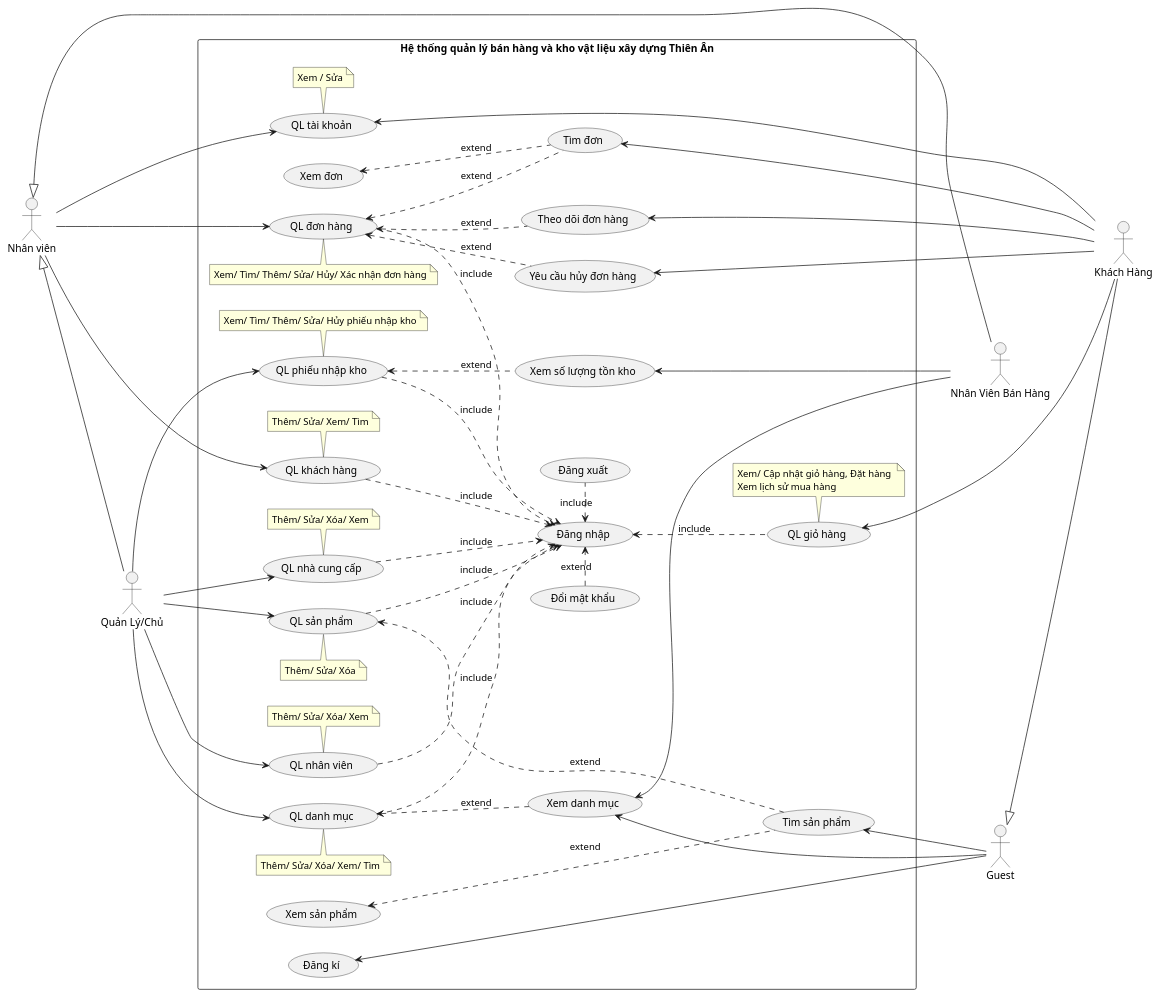
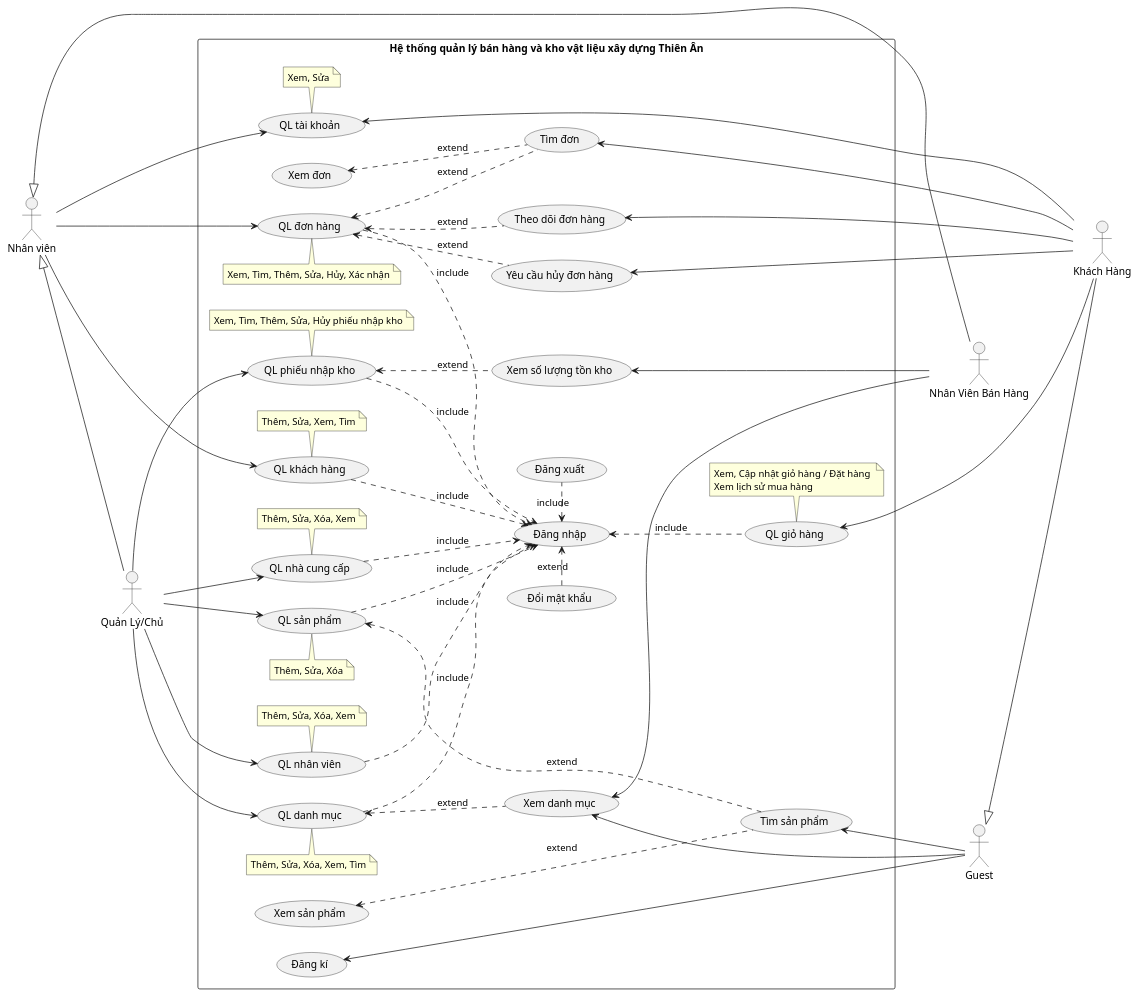
The diagram in assets/plantuml/Oris/Oris-NewUC.puml (ThanhdatOris/LAB2211), drawn with PlantUML before and after one commit.

```diff
--- a/assets/plantuml/Oris/Oris-NewUC.puml
+++ b/assets/plantuml/Oris/Oris-NewUC.puml
@@ -1,144 +1,144 @@
 @startuml SinooUC
 
 skinparam shadowing false
 left to right direction
 
 '------------- Actor -------------
 
 actor "Nhân viên" as NV
 actor "Quản Lý/Chủ" as NVQL
 actor "Nhân Viên Bán Hàng" as NVBH
 actor "Guest" as GUEST
 actor "Khách Hàng" as KH
 
     '----------- Kế thừa -----------
 
     ' NVQL --|> NV
     NV <|-- NVQL
     ' NVBH --|> NV
     NV <|-- NVBH
     ' KH --|> GUEST
     GUEST <|-- KH
 
 '------------- Boundary -------------
 
 rectangle "Hệ thống quản lý bán hàng và kho vật liệu xây dựng Thiên Ân" {
 
     '>>>>>>>>>>>>>>> Khai báo >>>>>>>>>>>>>>>
 
     '------------- UceeCase Tổng quát -------------
 
     'Quản lý Tài khoản
     (QL tài khoản) as QLTK
     'Quản lý Danh mục
-    (QL danh mục) as QLDMSP
+    (QL danh mục) as QLDM
     'Quản lý Kho hàng
     (QL phiếu nhập kho) as QLKHO
     'Quản lý Nhân viên
     (QL nhân viên) as QLNV
     'Quản lý Nhà cung cấp
     (QL nhà cung cấp) as QLNCC
     'Quản lý Đơn hàng
     (QL đơn hàng) as QLDH
     'Quản lý Sản phẩm
     (QL sản phẩm) as QLSP
     'Quản lý Giỏ hàng
     (QL giỏ hàng) as QLGH
     'Quản lý Khách hàng
     (QL khách hàng) as QLKH
 
-    note bottom of QLTK: Xem / Sửa
-    note top of QLDMSP: Thêm/ Sửa/ Xóa/ Xem/ Tìm
-    note bottom of QLKHO: Xem/ Tìm/ Thêm/ Sửa/ Hủy phiếu nhập kho
-    note bottom of QLNV: Thêm/ Sửa/ Xóa/ Xem
-    note bottom of QLNCC: Thêm/ Sửa/ Xóa/ Xem
-    note top of QLDH: Xem/ Tìm/ Thêm/ Sửa/ Hủy/ Xác nhận đơn hàng
-    note top of QLSP: Thêm/ Sửa/ Xóa
-    note bottom of QLGH: Xem/ Cập nhật giỏ hàng, Đặt hàng \nXem lịch sử mua hàng
-    note bottom of QLKH: Thêm/ Sửa/ Xem/ Tìm
+    note bottom of QLTK: Xem, Sửa
+    note top of QLDM: Thêm, Sửa, Xóa, Xem, Tìm
+    note bottom of QLKHO: Xem, Tìm, Thêm, Sửa, Hủy phiếu nhập kho
+    note bottom of QLNV: Thêm, Sửa, Xóa, Xem
+    note bottom of QLNCC: Thêm, Sửa, Xóa, Xem
+    note top of QLDH: Xem, Tìm, Thêm, Sửa, Hủy, Xác nhận
+    note top of QLSP: Thêm, Sửa, Xóa
+    note bottom of QLGH: Xem, Cập nhật giỏ hàng / Đặt hàng \nXem lịch sử mua hàng
+    note bottom of QLKH: Thêm, Sửa, Xem, Tìm
 
     '------------- UceeCase Chi tiết -------------
 
     (Xem danh mục) as XEM_DMSP
     (Xem số lượng tồn kho) as XEM_HANG
     (Tìm đơn) as TIM_DH
     (Xem đơn) as XEM_DH
     (Theo dõi đơn hàng) as THEO_DOI_DH
     (Yêu cầu hủy đơn hàng) as YCHUY_DH
     (Xem sản phẩm) as XEM_SP
     (Tìm sản phẩm) as TIM_SP
     
     (Đăng xuất) as Logout
     (Đăng nhập) as Login
     (Đăng kí) as SignUp
     (Đổi mật khẩu) as ChangePass
 
     '>>>>>>>>>>>>>>> Hướng >>>>>>>>>>>>>>
 
     Login <. Logout: include
     ChangePass .> Login : extend
     
     'Tất cả các usecase đều include Login
-    QLDMSP ..> Login : include
+    QLDM ..> Login : include
     QLDH ..> Login : include
     QLSP ..> Login : include
     QLNCC ..> Login : include
     QLKH ..> Login : include
     QLNV ..> Login : include
     QLKHO ..> Login : include
     Login <.. QLGH: include
 
     '----------- Nhân viên (Parent) -----------
     
     NV --> QLDH
     NV --> QLTK
     NV --> QLKH
 
     '----------- Quản lý -----------
 
-    NVQL --> QLDMSP
+    NVQL --> QLDM
     NVQL --> QLKHO
     NVQL --> QLNV
     NVQL --> QLNCC
     NVQL --> QLSP
 
     'Sản phẩm
     QLSP <... TIM_SP: extend
 
     'Danh mục sp
-    QLDMSP <.. XEM_DMSP: extend
+    QLDM <.. XEM_DMSP: extend
 
     'Kho hàng
     QLKHO <.. XEM_HANG  : extend
 
     'Đơn hàng
     QLDH <.. TIM_DH: extend
 
     '----------- Nhân Viên Bán Hàng -----------
 
     ' NVBH ---> XEM_HANG
     ' NVBH --> XEM_DMSP
 
     XEM_HANG <--- NVBH
     XEM_DMSP <--- NVBH
 
     '----------- Khách Hàng -----------
 
     SignUp <- GUEST
     TIM_SP <-- GUEST
     XEM_DMSP <-- GUEST
 
     XEM_SP <... TIM_SP: extend
     XEM_DH <.. TIM_DH: extend
 
     QLDH <.. YCHUY_DH: extend
     QLDH <.. THEO_DOI_DH: extend
 
     QLGH <-- KH
     QLTK <- KH
     YCHUY_DH <-- KH
     THEO_DOI_DH <-- KH
     TIM_DH <-- KH
 }
 
 @enduml
```
